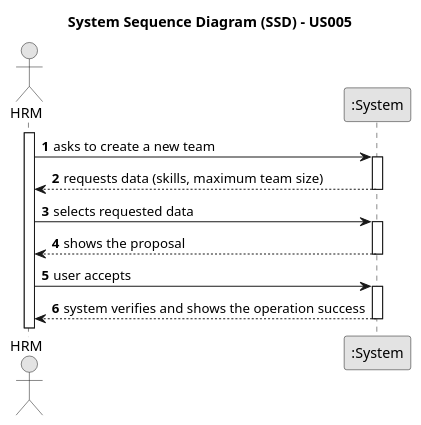
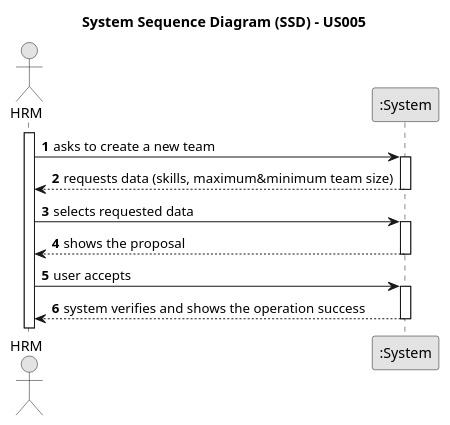
Before and after one commit to ricardomm7/leaflink: the diagram in docs/sprintB/us005/01.requirements-engineering/puml/us005-system-sequence-diagram-alternative-one.puml, drawn with PlantUML. The commit also changed 70 other files, not shown here.

```diff
--- a/docs/sprintB/us005/01.requirements-engineering/puml/us005-system-sequence-diagram-alternative-one.puml
+++ b/docs/sprintB/us005/01.requirements-engineering/puml/us005-system-sequence-diagram-alternative-one.puml
@@ -1,34 +1,34 @@
 @startuml
 skinparam monochrome true
 skinparam packageStyle rectangle
 skinparam shadowing false
 
 title System Sequence Diagram (SSD) - US005
 
 autonumber
 
 actor "HRM" as HRM
 participant ":System" as System
 
 activate HRM
 
     HRM -> System : asks to create a new team
     activate System
 
-        System --> HRM : requests data (skills, maximum team size)
+        System --> HRM : requests data (skills, maximum&minimum team size)
     deactivate System
 
     HRM -> System : selects requested data
     activate System
 
         System --> HRM : shows the proposal
     deactivate System
 
     HRM -> System : user accepts
     activate System
 
         System --> HRM : system verifies and shows the operation success
     deactivate System
 
 
 @enduml
```
